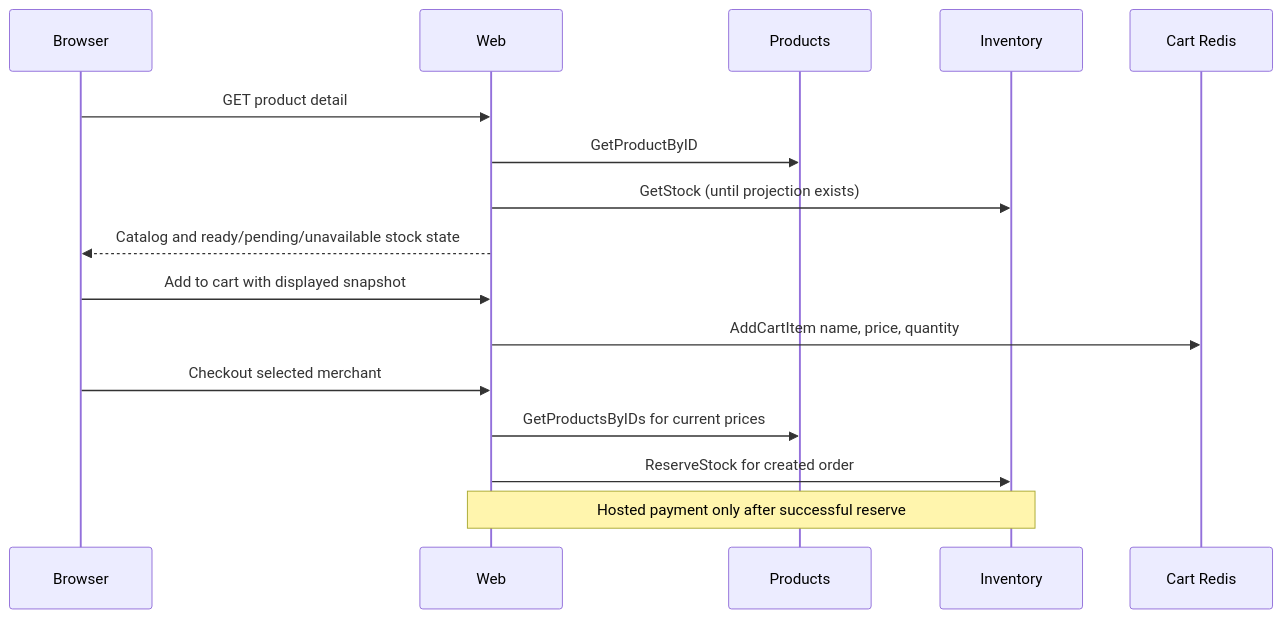
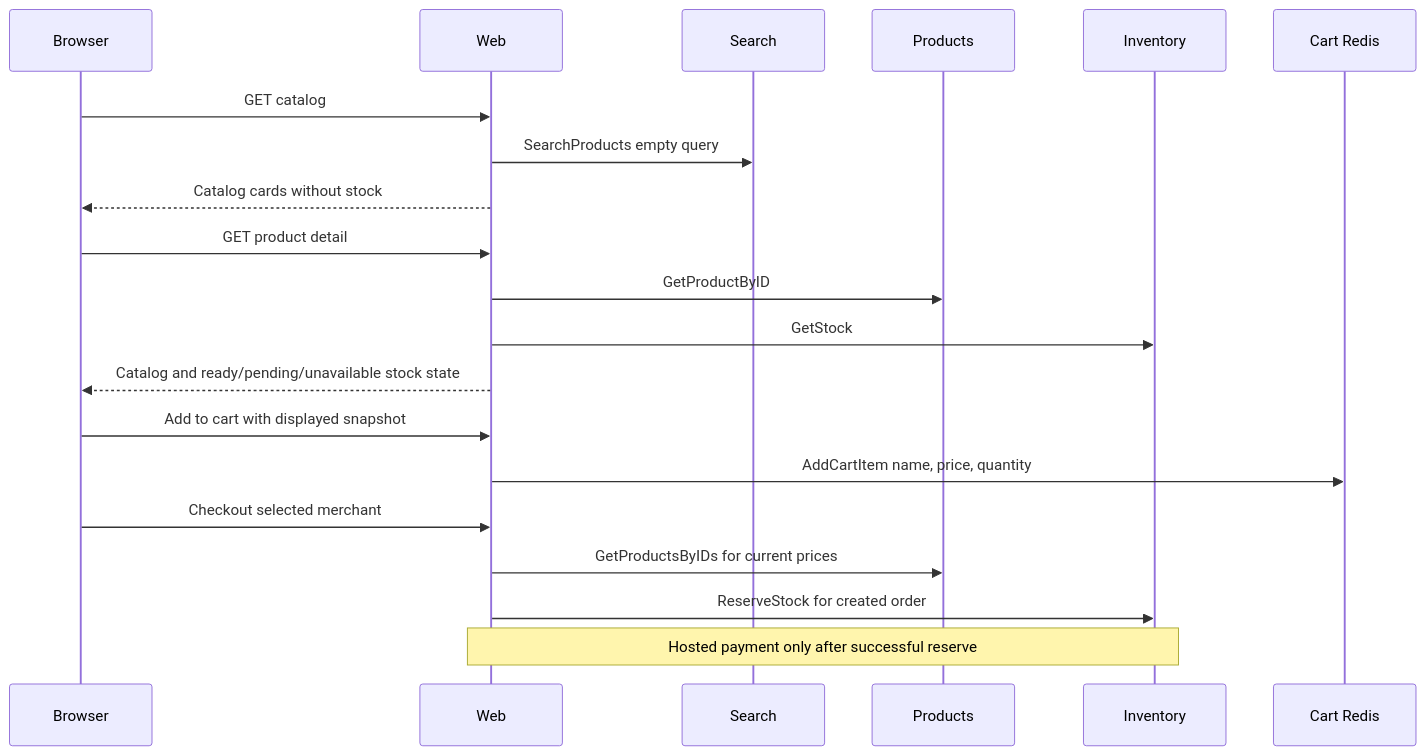
One commit to phuchoang2603/refurbished-marketplace changed the third of 3 diagrams in docs/catalog-inventory-search.md. Above: the diagram before and after it, drawn with Mermaid. The commit also changed other lines of this file and 2 other files, not shown here.

Commit message:
Document the search read path separately from PDP stock.

````diff
--- a/docs/catalog-inventory-search.md
+++ b/docs/catalog-inventory-search.md
@@ -66,18 +70,22 @@
 ```mermaid
 sequenceDiagram
   participant B as Browser
   participant W as Web
+  participant S as Search
   participant P as Products
   participant I as Inventory
   participant C as Cart Redis
+  B->>W: GET catalog
+  W->>S: SearchProducts empty query
+  W-->>B: Catalog cards without stock
   B->>W: GET product detail
   W->>P: GetProductByID
-  W->>I: GetStock (until projection exists)
+  W->>I: GetStock
   W-->>B: Catalog and ready/pending/unavailable stock state
   B->>W: Add to cart with displayed snapshot
   W->>C: AddCartItem name, price, quantity
   B->>W: Checkout selected merchant
   W->>P: GetProductsByIDs for current prices
   W->>I: ReserveStock for created order
   Note over W,I: Hosted payment only after successful reserve
 ```
````
